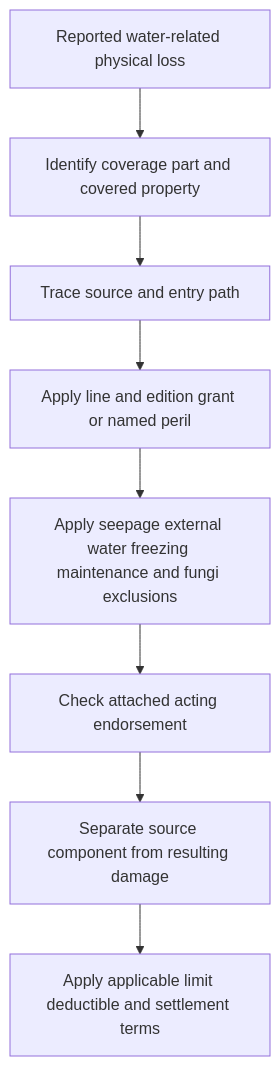
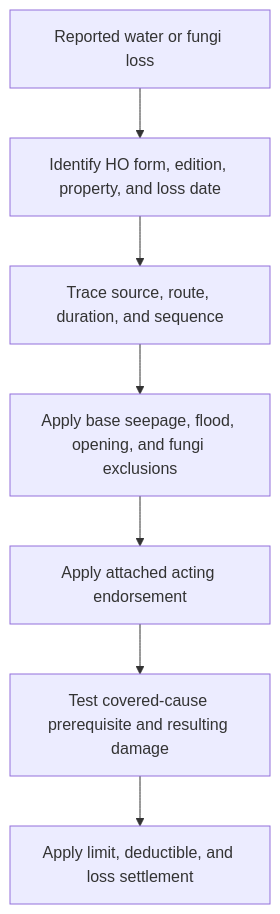
Before and after one commit to eugeneliu-86/openwiki-insurance-corpus: the diagram in openwiki/coverage/perils/water-damage.md, drawn with Mermaid. The commit also changed other lines of this file and 17 other files, not shown here.

````diff
--- a/openwiki/coverage/perils/water-damage.md
+++ b/openwiki/coverage/perils/water-damage.md
@@ -35,10 +31,9 @@
 ```mermaid
 flowchart TD
-  loss["Reported water-related physical loss"] --> part["Identify coverage part and covered property"]
-  part --> source["Trace source and entry path"]
-  source --> grant["Apply line and edition grant or named peril"]
-  grant --> exclusion["Apply seepage external water freezing maintenance and fungi exclusions"]
-  exclusion --> endorsement["Check attached acting endorsement"]
-  endorsement --> resulting["Separate source component from resulting damage"]
-  resulting --> limit["Apply applicable limit deductible and settlement terms"]
+  loss["Reported water or fungi loss"] --> base["Identify HO form, edition, property, and loss date"]
+  base --> cause["Trace source, route, duration, and sequence"]
+  cause --> exclusions["Apply base seepage, flood, opening, and fungi exclusions"]
+  exclusions --> endorsement["Apply attached acting endorsement"]
+  endorsement --> sequence["Test covered-cause prerequisite and resulting damage"]
+  sequence --> amount["Apply limit, deductible, and loss settlement"]
 ```
````
